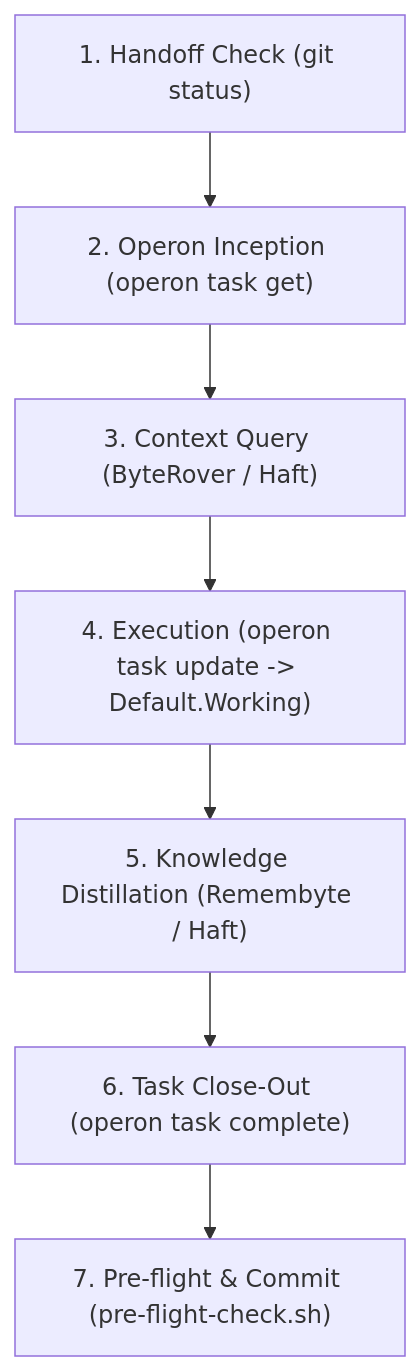
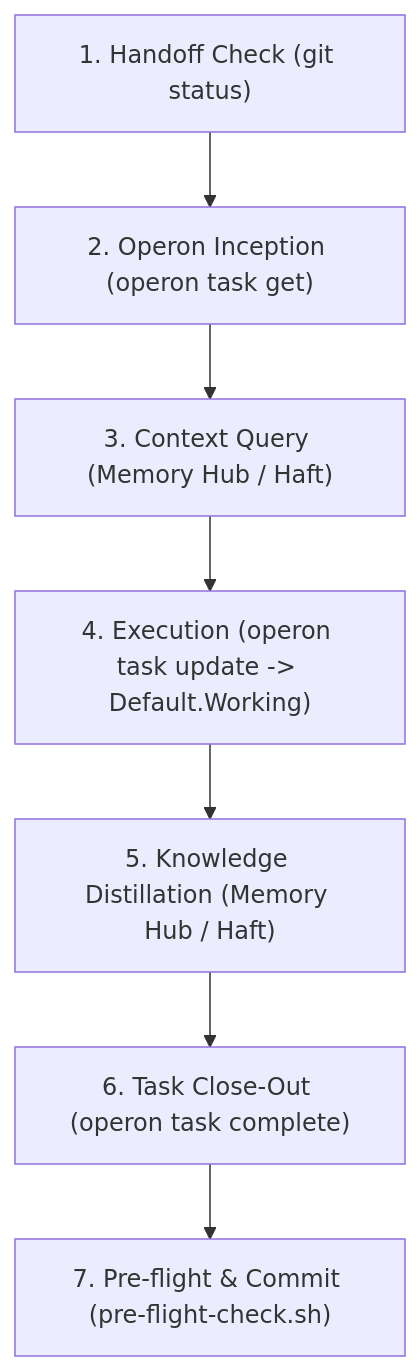
Before and after one commit to healmiy/PKMxKB: the diagram in Passion/Aigent Stack/Operon.md, drawn with Mermaid. The commit also changed 1 other file, not shown here.

Commit message:
feat: [Integrate TencentDB Agent Memory and update execution flow] (refs: [[TencentDB Agent Memory.md]])

````diff
--- a/Passion/Aigent Stack/Operon.md
+++ b/Passion/Aigent Stack/Operon.md
@@ -162,9 +162,9 @@
 ```mermaid
 flowchart TD
     A["1. Handoff Check (git status)"] --> B["2. Operon Inception (operon task get)"]
-    B --> C["3. Context Query (ByteRover / Haft)"]
+    B --> C["3. Context Query (Memory Hub / Haft)"]
     C --> D["4. Execution (operon task update -> Default.Working)"]
-    D --> E["5. Knowledge Distillation (Remembyte / Haft)"]
+    D --> E["5. Knowledge Distillation (Memory Hub / Haft)"]
     E --> F["6. Task Close-Out (operon task complete)"]
     F --> G["7. Pre-flight & Commit (pre-flight-check.sh)"]
 ```
````
